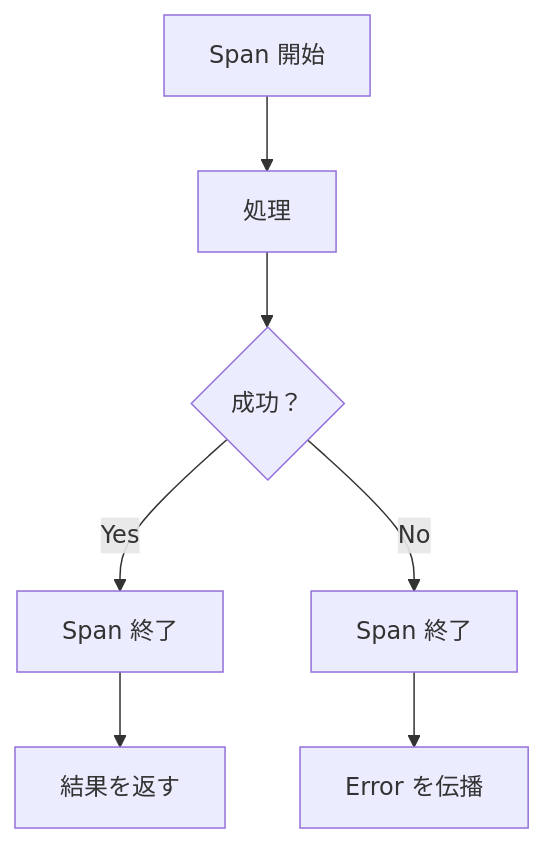
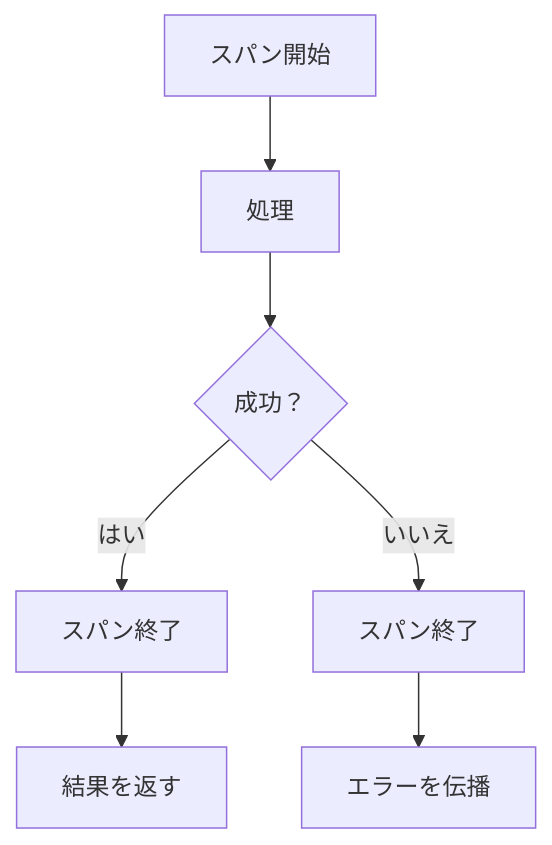
The third of 5 diagrams in docs/docs/framework/observability.ja.md (Rerurate514/riebeckite), drawn with Mermaid before and after one commit. The commit also changed other lines of this file and 310 other files, not shown here.

````diff
--- a/docs/docs/framework/observability.ja.md
+++ b/docs/docs/framework/observability.ja.md
@@ -101,14 +101,14 @@
 ```mermaid
 flowchart TD
-    A["Span 開始"]
+    A["スパン開始"]
     B["処理"]
     C{"成功？"}
-    D["Span 終了"]
-    E["Span 終了"]
+    D["スパン終了"]
+    E["スパン終了"]
     F["結果を返す"]
-    G["Error を伝播"]
+    G["エラーを伝播"]
 
     A --> B --> C
-    C -->|Yes| D --> F
-    C -->|No| E --> G
+    C -->|はい| D --> F
+    C -->|いいえ| E --> G
 ```
````
